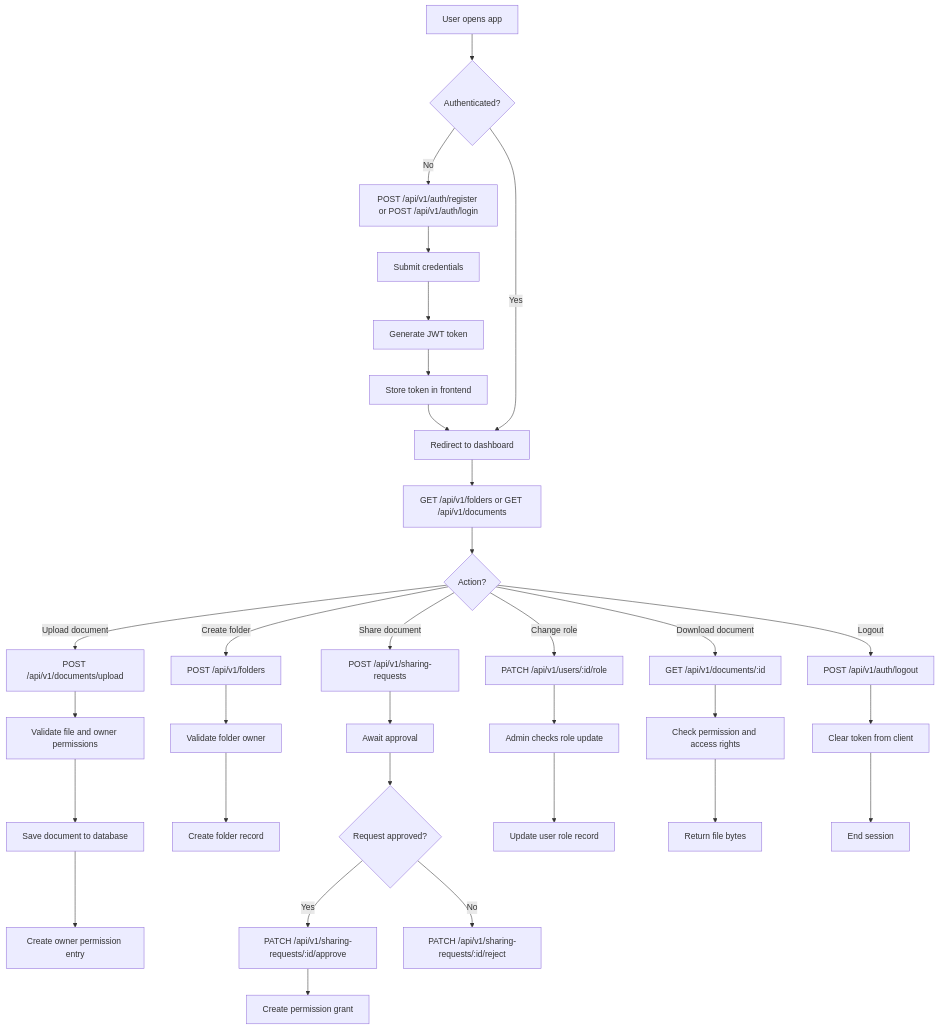
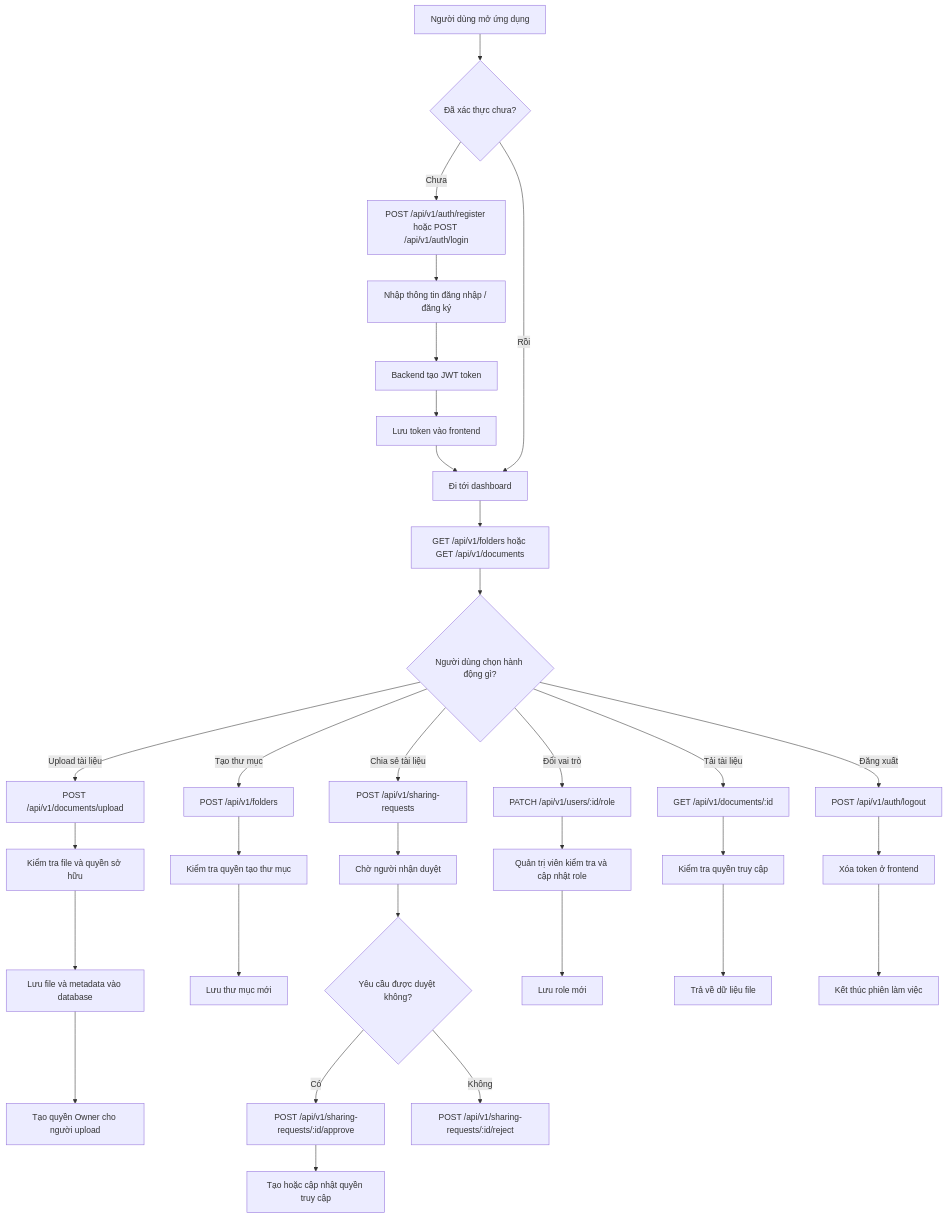
One commit to DuyKhoiCoder30062004/remix-of-remix-of-doc-keeper changed the fourth of 5 diagrams in DIAGRAMS.md. Above: the diagram before and after it, drawn with Mermaid. The commit also changed other lines of this file, not shown here.

````diff
--- a/DIAGRAMS.md
+++ b/DIAGRAMS.md
@@ -264,41 +430,41 @@
 ```mermaid
 flowchart TD
-    A[User opens app] --> B{Authenticated?}
-    B -- No --> C[POST /api/v1/auth/register or POST /api/v1/auth/login]
-    C --> D[Submit credentials]
-    D --> E[Generate JWT token]
-    E --> F[Store token in frontend]
-    F --> G[Redirect to dashboard]
+    A[Người dùng mở ứng dụng] --> B{Đã xác thực chưa?}
+    B -- Chưa --> C[POST /api/v1/auth/register hoặc POST /api/v1/auth/login]
+    C --> D[Nhập thông tin đăng nhập / đăng ký]
+    D --> E[Backend tạo JWT token]
+    E --> F[Lưu token vào frontend]
+    F --> G[Đi tới dashboard]
 
-    B -- Yes --> G
-    G --> H[GET /api/v1/folders or GET /api/v1/documents]
-    H --> I{Action?}
+    B -- Rồi --> G
+    G --> H[GET /api/v1/folders hoặc GET /api/v1/documents]
+    H --> I{Người dùng chọn hành động gì?}
 
-    I -- Upload document --> J[POST /api/v1/documents/upload]
-    J --> K[Validate file and owner permissions]
-    K --> L[Save document to database]
-    L --> M[Create owner permission entry]
+    I -- Upload tài liệu --> J[POST /api/v1/documents/upload]
+    J --> K[Kiểm tra file và quyền sở hữu]
+    K --> L[Lưu file và metadata vào database]
+    L --> M[Tạo quyền Owner cho người upload]
 
-    I -- Create folder --> N[POST /api/v1/folders]
-    N --> O[Validate folder owner]
-    O --> P[Create folder record]
+    I -- Tạo thư mục --> N[POST /api/v1/folders]
+    N --> O[Kiểm tra quyền tạo thư mục]
+    O --> P[Lưu thư mục mới]
 
-    I -- Share document --> Q[POST /api/v1/sharing-requests]
-    Q --> R[Await approval]
-    R --> S{Request approved?}
-    S -- Yes --> T[PATCH /api/v1/sharing-requests/:id/approve]
-    T --> U[Create permission grant]
-    S -- No --> V[PATCH /api/v1/sharing-requests/:id/reject]
+    I -- Chia sẻ tài liệu --> Q[POST /api/v1/sharing-requests]
+    Q --> R[Chờ người nhận duyệt]
+    R --> S{Yêu cầu được duyệt không?}
+    S -- Có --> T[POST /api/v1/sharing-requests/:id/approve]
+    T --> U[Tạo hoặc cập nhật quyền truy cập]
+    S -- Không --> V[POST /api/v1/sharing-requests/:id/reject]
 
-    I -- Change role --> W[PATCH /api/v1/users/:id/role]
-    W --> X[Admin checks role update]
-    X --> Y[Update user role record]
+    I -- Đổi vai trò --> W[PATCH /api/v1/users/:id/role]
+    W --> X[Quản trị viên kiểm tra và cập nhật role]
+    X --> Y[Lưu role mới]
 
-    I -- Download document --> Z[GET /api/v1/documents/:id]
-    Z --> AA[Check permission and access rights]
-    AA --> AB[Return file bytes]
+    I -- Tải tài liệu --> Z[GET /api/v1/documents/:id]
+    Z --> AA[Kiểm tra quyền truy cập]
+    AA --> AB[Trả về dữ liệu file]
 
-    I -- Logout --> AC[POST /api/v1/auth/logout]
-    AC --> AD[Clear token from client]
-    AD --> AE[End session]
+    I -- Đăng xuất --> AC[POST /api/v1/auth/logout]
+    AC --> AD[Xóa token ở frontend]
+    AD --> AE[Kết thúc phiên làm việc]
 ```
````
